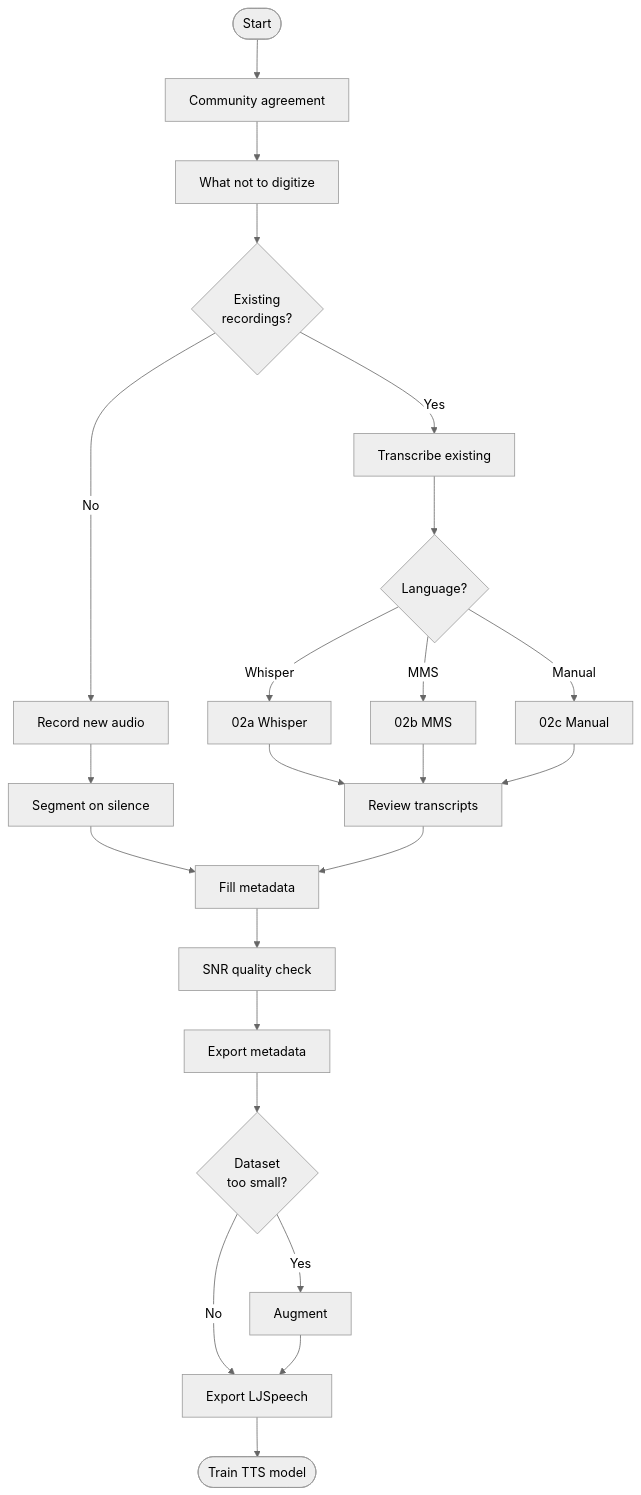
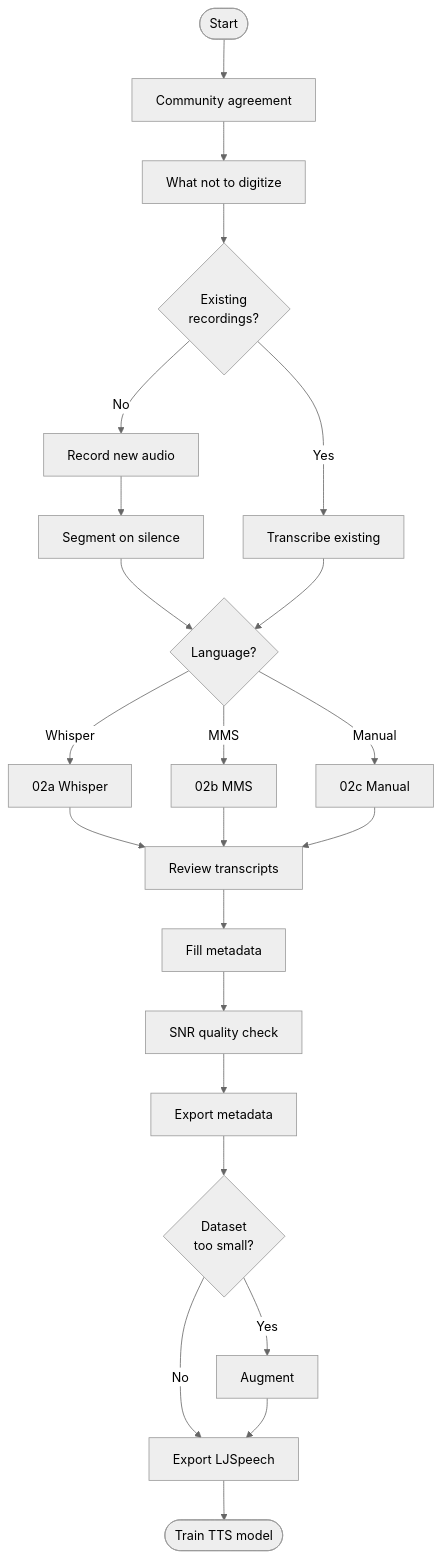
One commit to hollygrimm/voice-dataset-creation changed the diagram in README.md. Above: the diagram before and after it, drawn with Mermaid (neutral theme).

Commit message:
fix: route Pathway 1 through transcription after segmentation

````diff
--- a/README.md
+++ b/README.md
@@ -5,29 +5,29 @@
 ```mermaid
 flowchart TD
     A([Start]) --> B[Community agreement]
     B --> C[What not to digitize]
     C --> D{Existing\nrecordings?}
 
     D -->|No| P1[Record new audio]
     D -->|Yes| P2[Transcribe existing]
 
     P1 --> SEG[Segment on silence]
-    SEG --> META
+    SEG --> LANG
 
     P2 --> LANG{Language?}
     LANG -->|Whisper| W[02a Whisper]
     LANG -->|MMS| M[02b MMS]
     LANG -->|Manual| MAN[02c Manual]
     W & M & MAN --> REV[Review transcripts]
     REV --> META
 
     META[Fill metadata] --> SNR[SNR quality check]
     SNR --> EMETA[Export metadata]
     EMETA --> AUG{Dataset\ntoo small?}
 
     AUG -->|Yes| P3[Augment]
     AUG -->|No| EXP
     P3 --> EXP
 
     EXP[Export LJSpeech] --> DONE([Train TTS model])
 ```
````
